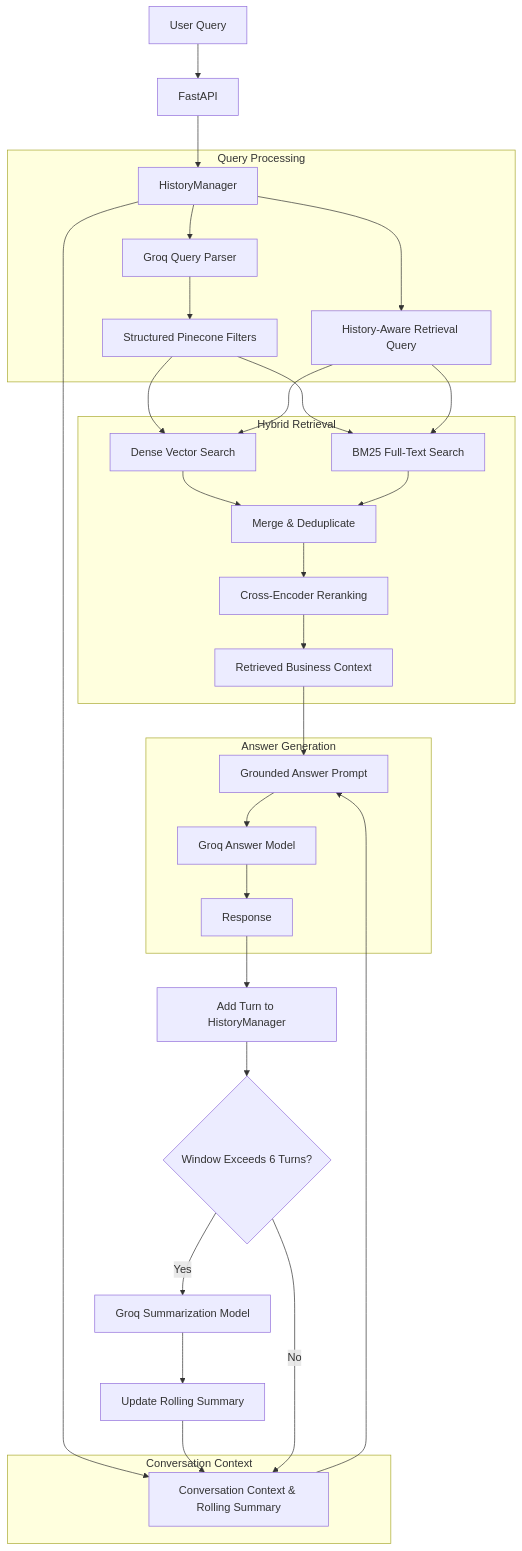
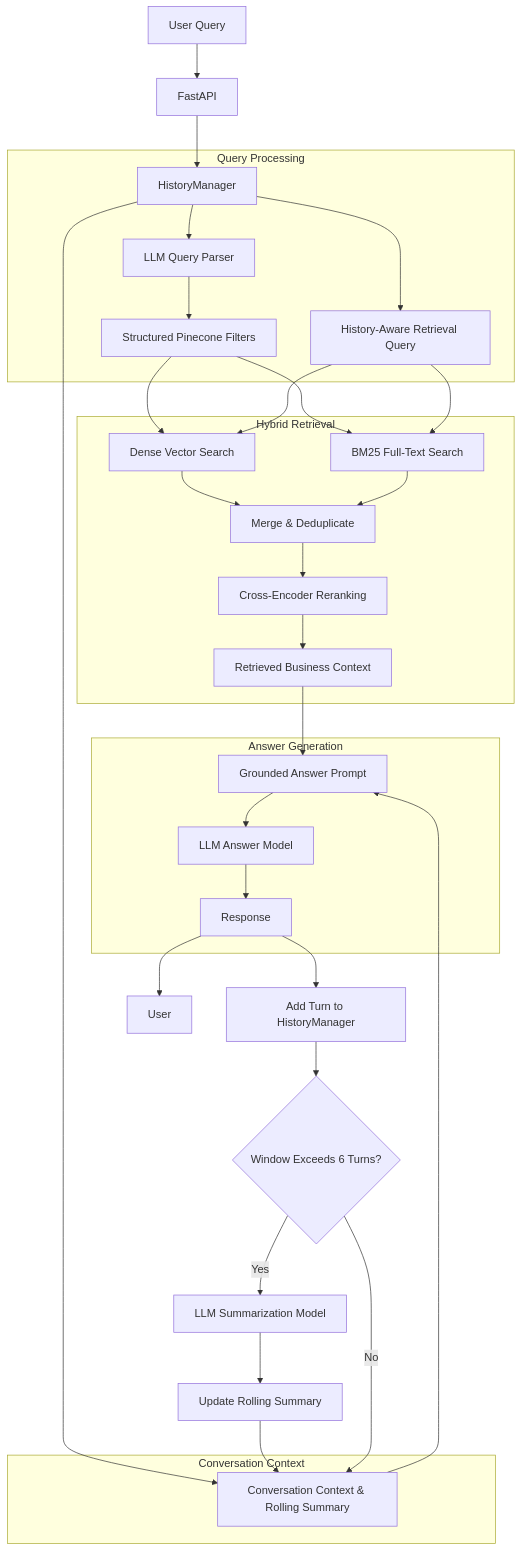
The diagram in README.md (sufyanAshraf/RAG_), drawn with Mermaid before and after one commit.

Commit message:
Update flowchart in README.md

````diff
--- a/README.md
+++ b/README.md
@@ -78,44 +78,45 @@
 ```mermaid
 flowchart TD
 
     A[User Query] --> B[FastAPI]
     B --> C[HistoryManager]
 
     subgraph QUERY["Query Processing"]
-        C --> D[Groq Query Parser]
+        C --> D[LLM Query Parser]
         D --> E[Structured Pinecone Filters]
         C --> F[History-Aware Retrieval Query]
     end
 
     subgraph RETRIEVAL["Hybrid Retrieval"]
         E --> G[Dense Vector Search]
         E --> H[BM25 Full-Text Search]
         F --> G
         F --> H
         G --> I[Merge & Deduplicate]
         H --> I
         I --> J[Cross-Encoder Reranking]
         J --> K[Retrieved Business Context]
     end
 
     subgraph CONTEXT["Conversation Context"]
         C --> O[Conversation Context & Rolling Summary]
     end
 
     K --> L[Grounded Answer Prompt]
     O --> L
 
     subgraph GENERATION["Answer Generation"]
-        L --> M[Groq Answer Model]
+        L --> M[LLM Answer Model]
         M --> N[Response]
     end
 
     N --> P[Add Turn to HistoryManager]
+	N --> T[User]
     P --> Q{Window Exceeds 6 Turns?}
 
-    Q -- Yes --> R[Groq Summarization Model]
+    Q -- Yes --> R[LLM Summarization Model]
     R --> S[Update Rolling Summary]
     S --> O
 
     Q -- No --> O
 ```
````
